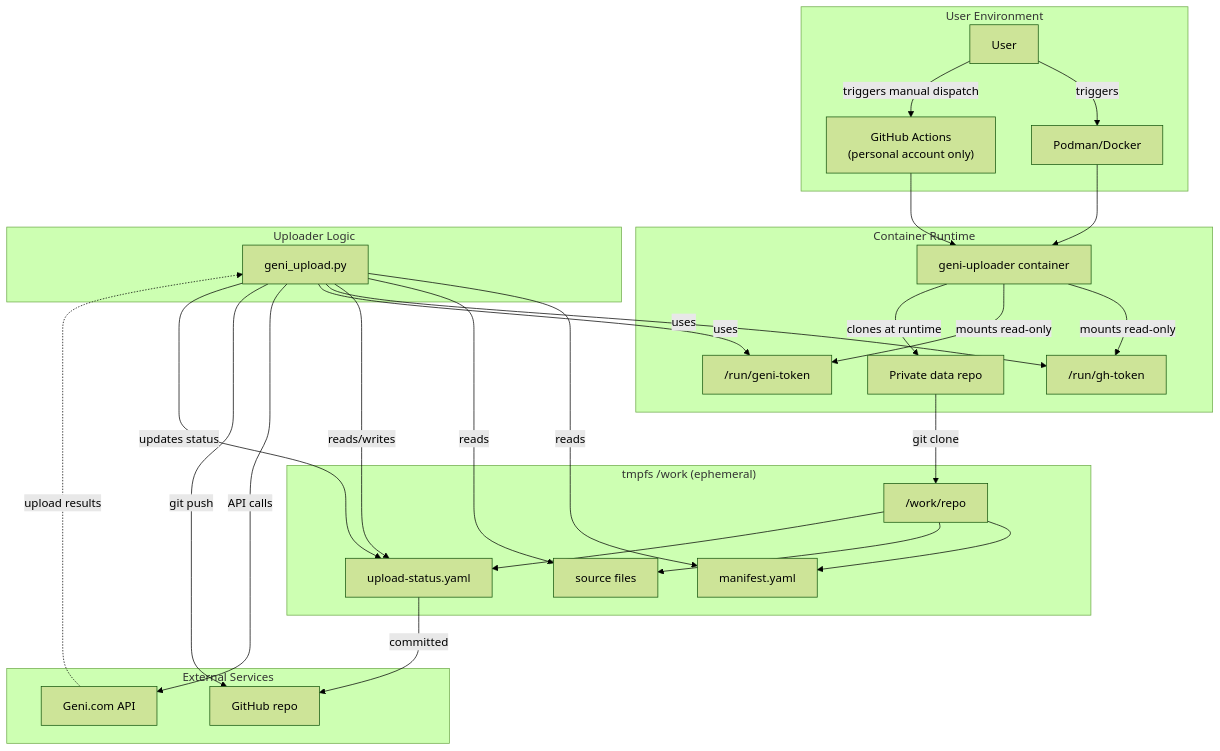
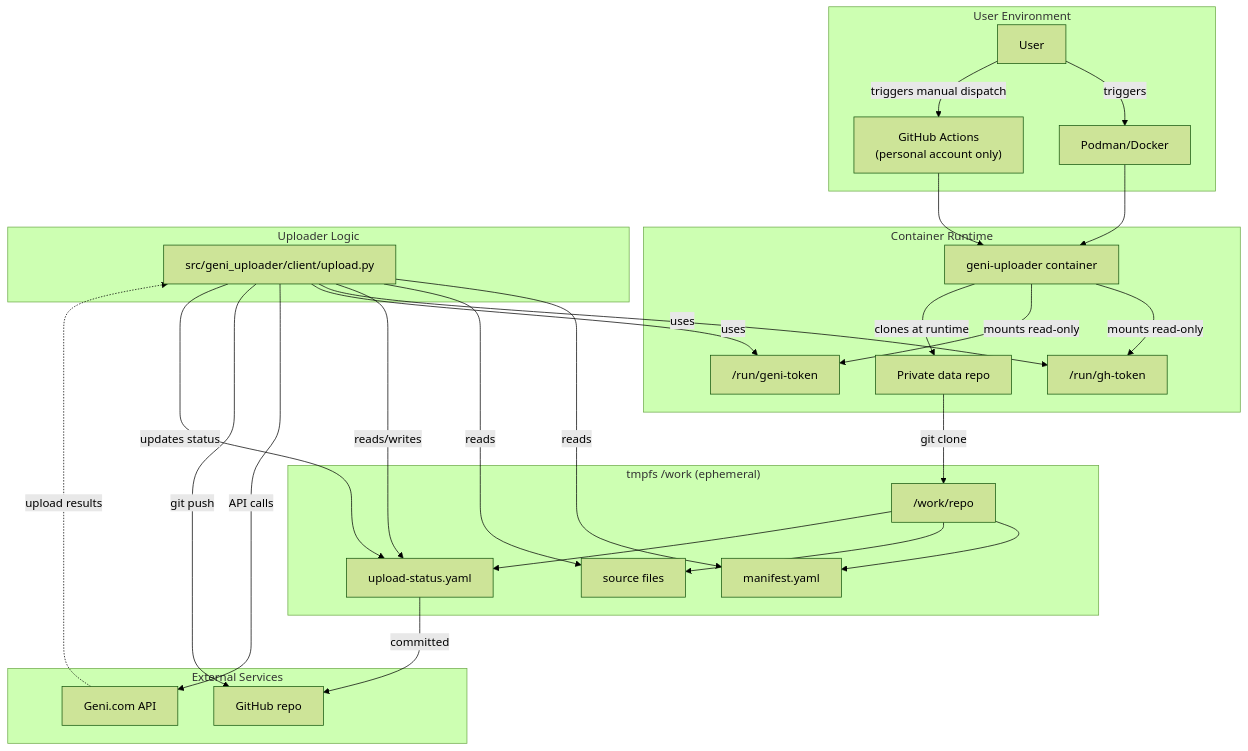
The diagram in ARCHITECTURE.md (reihlinstinct/geni-uploader), drawn with Mermaid (forest theme) before and after one commit. The commit also changed other lines of this file and 184 other files, not shown here.

````diff
--- a/ARCHITECTURE.md
+++ b/ARCHITECTURE.md
@@ -9,39 +9,39 @@
 ```mermaid
 flowchart TD
     subgraph "User Environment"
         U["User"] -->|"triggers"| P["Podman/Docker"]
         U -->|"triggers manual dispatch"| GHA["GitHub Actions\n(personal account only)"]
     end
 
     subgraph "Container Runtime"
         P --> C["geni-uploader container"]
         GHA --> C
         C -->|"mounts read-only"| GHT["/run/gh-token"]
         C -->|"mounts read-only"| GT["/run/geni-token"]
         C -->|"clones at runtime"| R["Private data repo"]
     end
 
     subgraph "tmpfs /work (ephemeral)"
         R -->|"git clone"| W["/work/repo"]
         W --> M["manifest.yaml"]
         W --> S["source files"]
         W --> ST["upload-status.yaml"]
     end
 
     subgraph "Uploader Logic"
-        L["geni_upload.py"] -->|"reads"| M
+        L["src/geni_uploader/client/upload.py"] -->|"reads"| M
         L -->|"reads"| S
         L -->|"reads/writes"| ST
         L -->|"uses"| GHT
         L -->|"uses"| GT
     end
 
     subgraph "External Services"
         L -->|"API calls"| G["Geni.com API"]
         L -->|"git push"| GHR["GitHub repo"]
     end
 
     G -.->|"upload results"| L
     L -->|"updates status"| ST
     ST -->|"committed"| GHR
 ```
````
